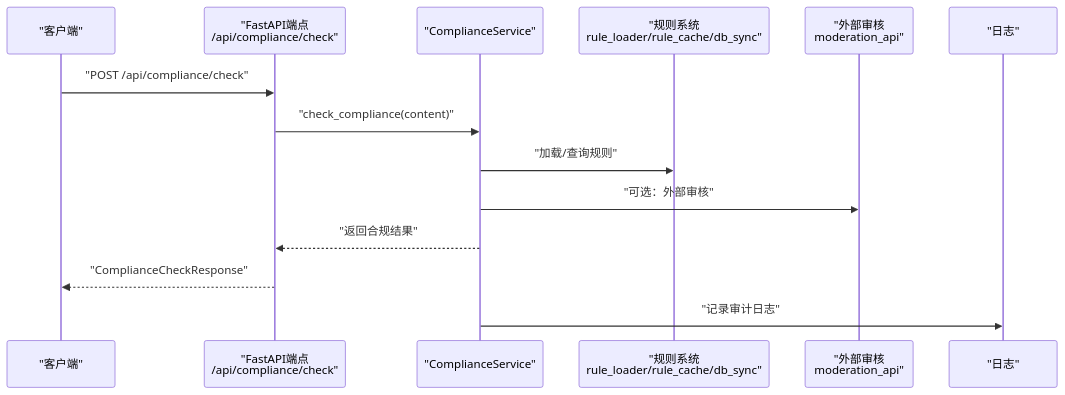
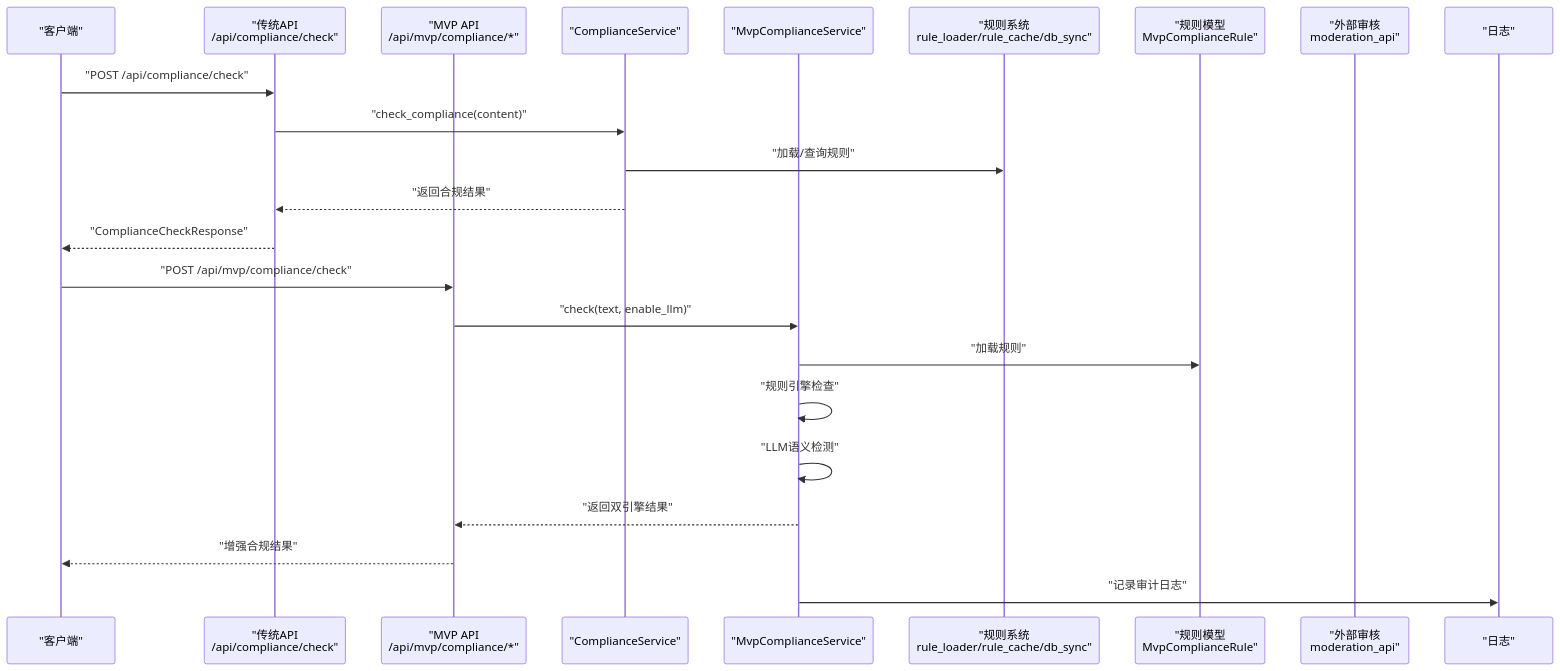
Before and after one commit to dream-ze/AI_huoke-: the second of 5 diagrams in .qoder/repowiki/zh/content/AI内容处理系统/合规性检查.md, drawn with Mermaid. The commit also changed other lines of this file and 220 other files, not shown here.

````diff
--- a/.qoder/repowiki/zh/content/AI内容处理系统/合规性检查.md
+++ b/.qoder/repowiki/zh/content/AI内容处理系统/合规性检查.md
@@ -127,16 +151,25 @@
 ```mermaid
 sequenceDiagram
 participant C as "客户端"
-participant API as "FastAPI端点<br/>/api/compliance/check"
-participant SVC as "ComplianceService"
+participant API1 as "传统API<br/>/api/compliance/check"
+participant API2 as "MVP API<br/>/api/mvp/compliance/*"
+participant SVC1 as "ComplianceService"
+participant SVC2 as "MvpComplianceService"
 participant RULE as "规则系统<br/>rule_loader/rule_cache/db_sync"
+participant MODEL as "规则模型<br/>MvpComplianceRule"
 participant EXT as "外部审核<br/>moderation_api"
 participant LOG as "日志"
-C->>API : "POST /api/compliance/check"
-API->>SVC : "check_compliance(content)"
-SVC->>RULE : "加载/查询规则"
-SVC->>EXT : "可选：外部审核"
-SVC-->>API : "返回合规结果"
-API-->>C : "ComplianceCheckResponse"
-SVC->>LOG : "记录审计日志"
+C->>API1 : "POST /api/compliance/check"
+API1->>SVC1 : "check_compliance(content)"
+SVC1->>RULE : "加载/查询规则"
+SVC1-->>API1 : "返回合规结果"
+API1-->>C : "ComplianceCheckResponse"
+C->>API2 : "POST /api/mvp/compliance/check"
+API2->>SVC2 : "check(text, enable_llm)"
+SVC2->>MODEL : "加载规则"
+SVC2->>SVC2 : "规则引擎检查"
+SVC2->>SVC2 : "LLM语义检测"
+SVC2-->>API2 : "返回双引擎结果"
+API2-->>C : "增强合规结果"
+SVC2->>LOG : "记录审计日志"
 ```
````
